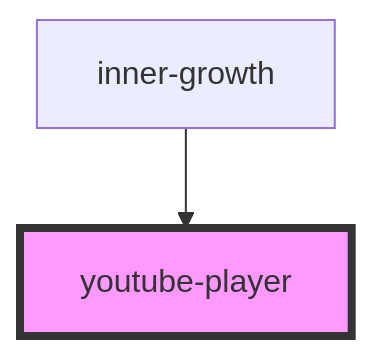
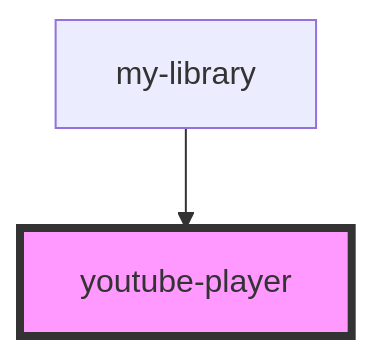
One commit to kartikwatwani/stencil-starter changed the diagram in packages/core/docs/guide/api/components/youtube-player/readme.md. Above: the diagram before and after it, drawn with Mermaid. The commit also changed other lines of this file and 105 other files, not shown here.

````diff
--- a/packages/core/docs/guide/api/components/youtube-player/readme.md
+++ b/packages/core/docs/guide/api/components/youtube-player/readme.md
@@ -68,5 +52,5 @@
 ```mermaid
 graph TD;
-  inner-growth --> youtube-player
+  my-library --> youtube-player
   style youtube-player fill:#f9f,stroke:#333,stroke-width:4px
 ```
````
